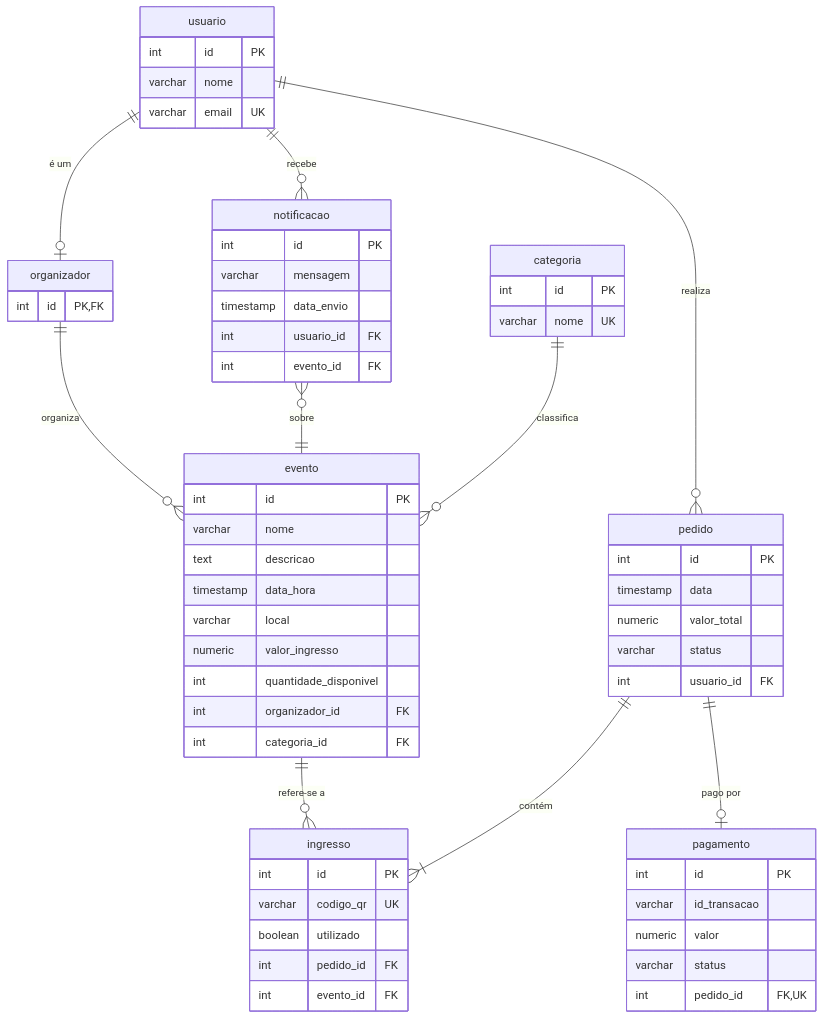
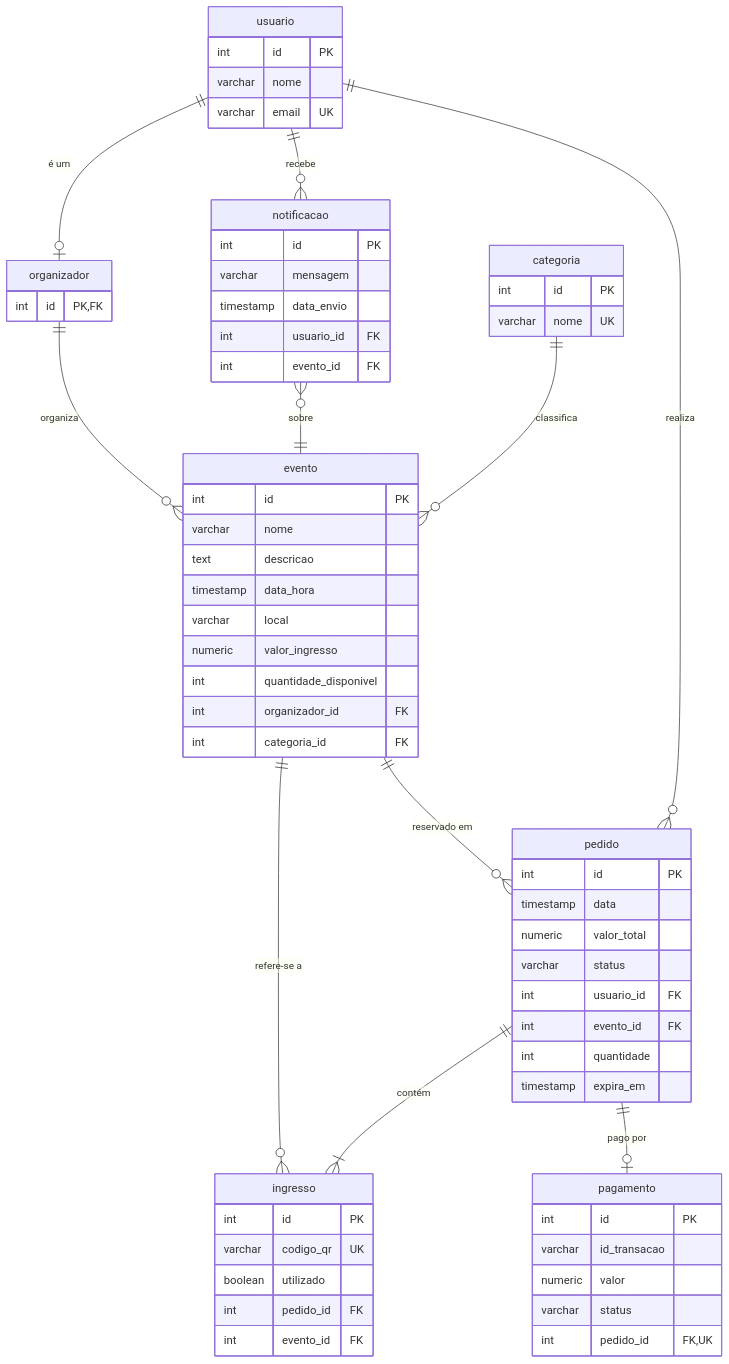
Before and after one commit to iranmotaa/venda-de-ingressos-para-eventos-locais: the diagram in diagramas/fontes/DiagramaBanco.mmd, drawn with Mermaid. The commit also changed 4 other files, not shown here.

Commit message:
feat: pedido guarda evento, quantidade e prazo da reserva

```diff
--- a/diagramas/fontes/DiagramaBanco.mmd
+++ b/diagramas/fontes/DiagramaBanco.mmd
@@ -1,62 +1,66 @@
 erDiagram
     usuario ||--o| organizador : "é um"
     usuario ||--o{ notificacao : recebe
     usuario ||--o{ pedido : realiza
     organizador ||--o{ evento : organiza
     notificacao }o--|| evento : "sobre"
     categoria ||--o{ evento : classifica
     evento ||--o{ ingresso : "refere-se a"
+    evento ||--o{ pedido : "reservado em"
     pedido ||--|{ ingresso : contém
     pedido ||--o| pagamento : "pago por"
 
     usuario {
         int id PK
         varchar nome
         varchar email UK
     }
     organizador {
         int id PK, FK
     }
     categoria {
         int id PK
         varchar nome UK
     }
     evento {
         int id PK
         varchar nome
         text descricao
         timestamp data_hora
         varchar local
         numeric valor_ingresso
         int quantidade_disponivel
         int organizador_id FK
         int categoria_id FK
     }
     pedido {
         int id PK
         timestamp data
         numeric valor_total
         varchar status
         int usuario_id FK
+        int evento_id FK
+        int quantidade
+        timestamp expira_em
     }
     ingresso {
         int id PK
         varchar codigo_qr UK
         boolean utilizado
         int pedido_id FK
         int evento_id FK
     }
     pagamento {
         int id PK
         varchar id_transacao
         numeric valor
         varchar status
         int pedido_id FK, UK
     }
     notificacao {
         int id PK
         varchar mensagem
         timestamp data_envio
         int usuario_id FK
         int evento_id FK
     }
```
